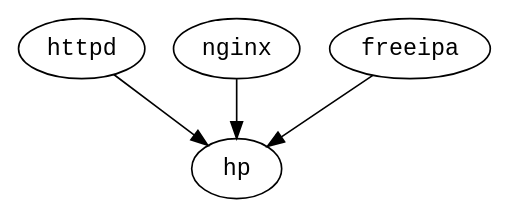
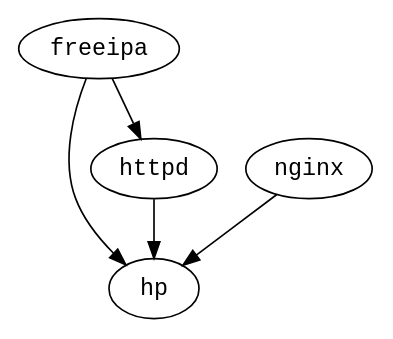
Before and after one commit to fedora-modularity/dependency-report: the diagram in img/module-deps.dot, drawn with Graphviz. The commit also changed 90 other files, not shown here.

```diff
--- a/img/module-deps.dot
+++ b/img/module-deps.dot
@@ -1,6 +1,7 @@
 strict digraph G {
   node [fontname=monospace];
+  "freeipa" -> "hp";
+  "freeipa" -> "httpd";
   "httpd" -> "hp";
   "nginx" -> "hp";
-  "freeipa" -> "hp";
 }
```
